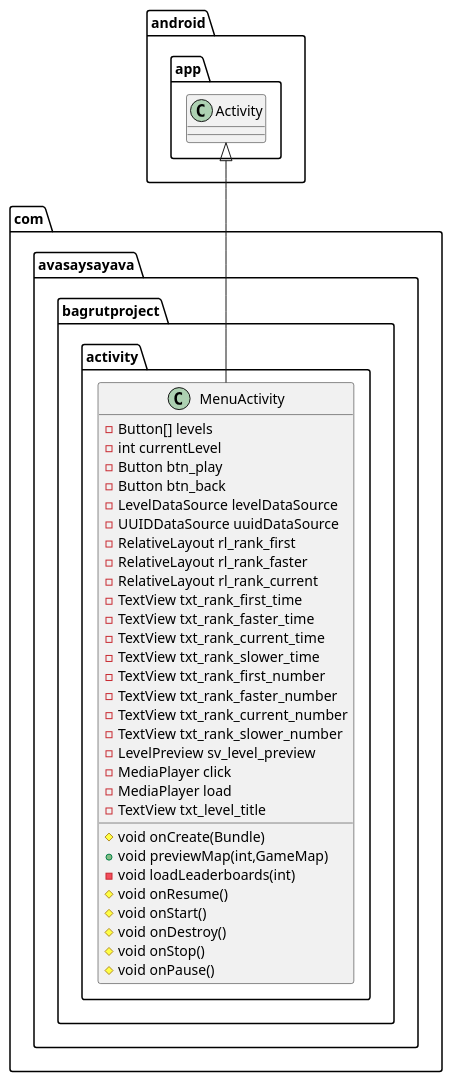
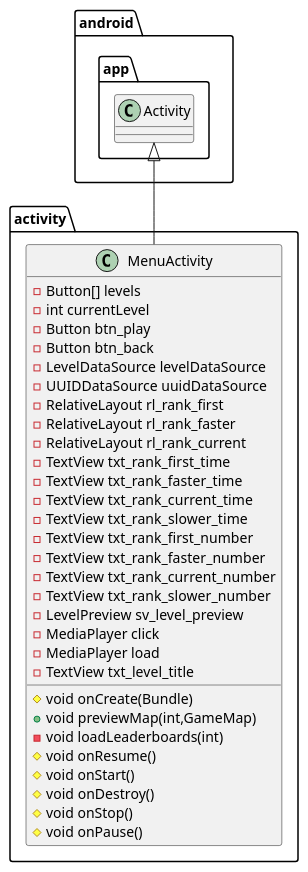
One commit to Avasay-Sayava/BagrutProject changed the diagram in ProjectApp/app/src/main/java/com/avasaysayava/bagrutproject/activity/MenuActivity.puml. Above: the diagram before and after it, drawn with PlantUML. The commit also changed 41 other files, not shown here.

```diff
--- a/ProjectApp/app/src/main/java/com/avasaysayava/bagrutproject/activity/MenuActivity.puml
+++ b/ProjectApp/app/src/main/java/com/avasaysayava/bagrutproject/activity/MenuActivity.puml
@@ -1,38 +1,38 @@
 @startuml
-class com.avasaysayava.bagrutproject.activity.MenuActivity {
+class activity.MenuActivity {
 - Button[] levels
 - int currentLevel
 - Button btn_play
 - Button btn_back
 - LevelDataSource levelDataSource
 - UUIDDataSource uuidDataSource
 - RelativeLayout rl_rank_first
 - RelativeLayout rl_rank_faster
 - RelativeLayout rl_rank_current
 - TextView txt_rank_first_time
 - TextView txt_rank_faster_time
 - TextView txt_rank_current_time
 - TextView txt_rank_slower_time
 - TextView txt_rank_first_number
 - TextView txt_rank_faster_number
 - TextView txt_rank_current_number
 - TextView txt_rank_slower_number
 - LevelPreview sv_level_preview
 - MediaPlayer click
 - MediaPlayer load
 - TextView txt_level_title
 # void onCreate(Bundle)
 + void previewMap(int,GameMap)
 - void loadLeaderboards(int)
 # void onResume()
 # void onStart()
 # void onDestroy()
 # void onStop()
 # void onPause()
 }
 
 
 
 
-android.app.Activity <|-- com.avasaysayava.bagrutproject.activity.MenuActivity
+android.app.Activity <|-- activity.MenuActivity
 @enduml
```
